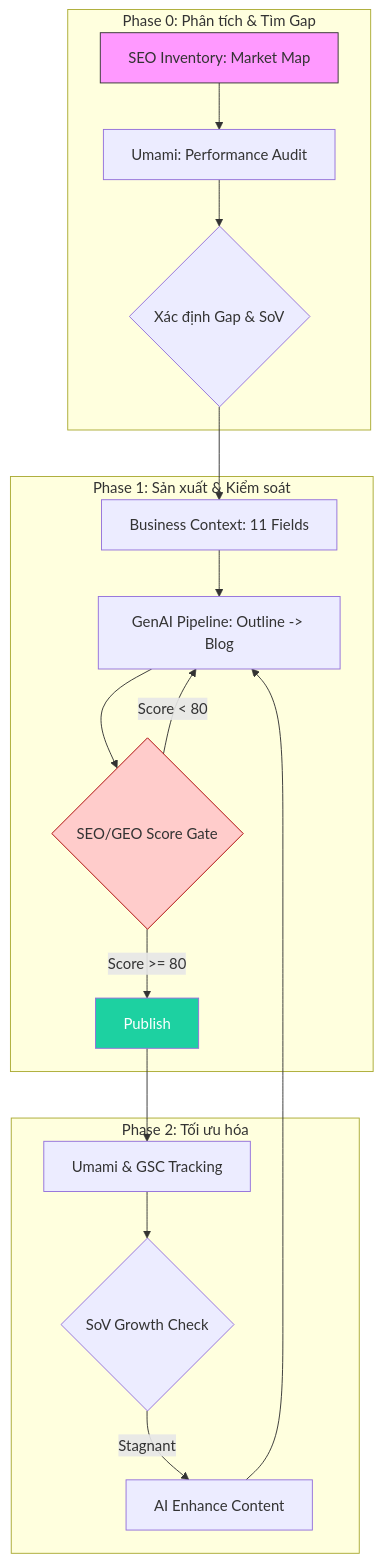
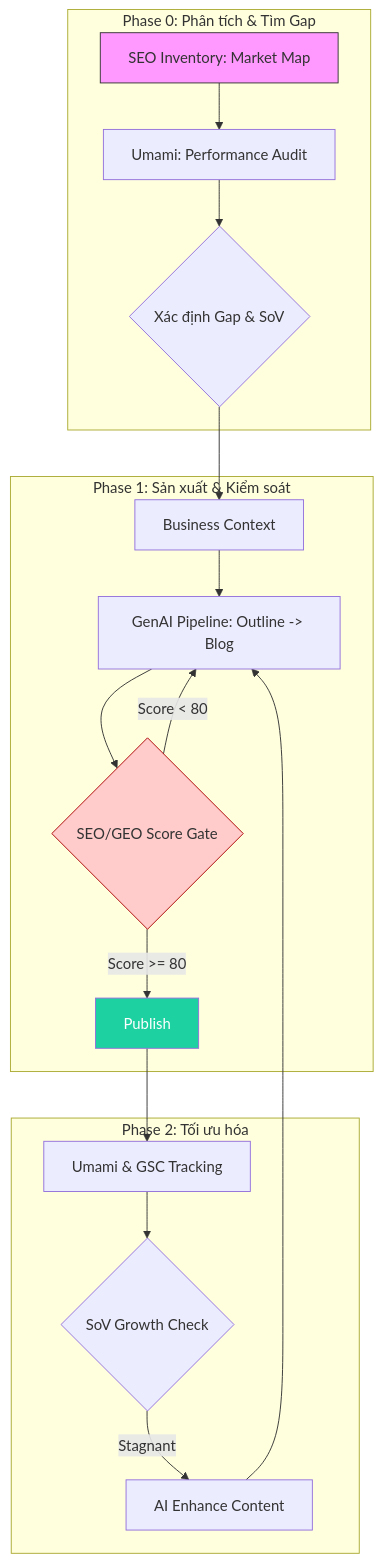
Before and after one commit to vanhien26/hienho-knowledgebase: the diagram in 03_MOSPARK_PLATFORM/mospark_master.md, drawn with Mermaid. The commit also changed other lines of this file and 27 other files, not shown here.

````diff
--- a/03_MOSPARK_PLATFORM/mospark_master.md
+++ b/03_MOSPARK_PLATFORM/mospark_master.md
@@ -68,26 +68,26 @@
 ```mermaid
 graph TD
     subgraph Phase_0_Intelligence [Phase 0: Phân tích & Tìm Gap]
         A[SEO Inventory: Market Map] --> B[Umami: Performance Audit]
         B --> C{Xác định Gap & SoV}
     end
 
     subgraph Phase_1_Production [Phase 1: Sản xuất & Kiểm soát]
-        C --> D[Business Context: 11 Fields]
+        C --> D[Business Context]
         D --> E[GenAI Pipeline: Outline -> Blog]
         E --> F{SEO/GEO Score Gate}
         F -->|Score < 80| E
         F -->|Score >= 80| G[Publish]
     end
 
     subgraph Phase_2_Growth_Loop [Phase 2: Tối ưu hóa]
         G --> H[Umami & GSC Tracking]
         H --> I{SoV Growth Check}
         I -->|Stagnant| J[AI Enhance Content]
         J --> E
     end
 
     style A fill:#f9f,stroke:#333
     style F fill:#ffcccb,stroke:#a00
     style G fill:#1dd1a1,color:#fff
 ```
````
